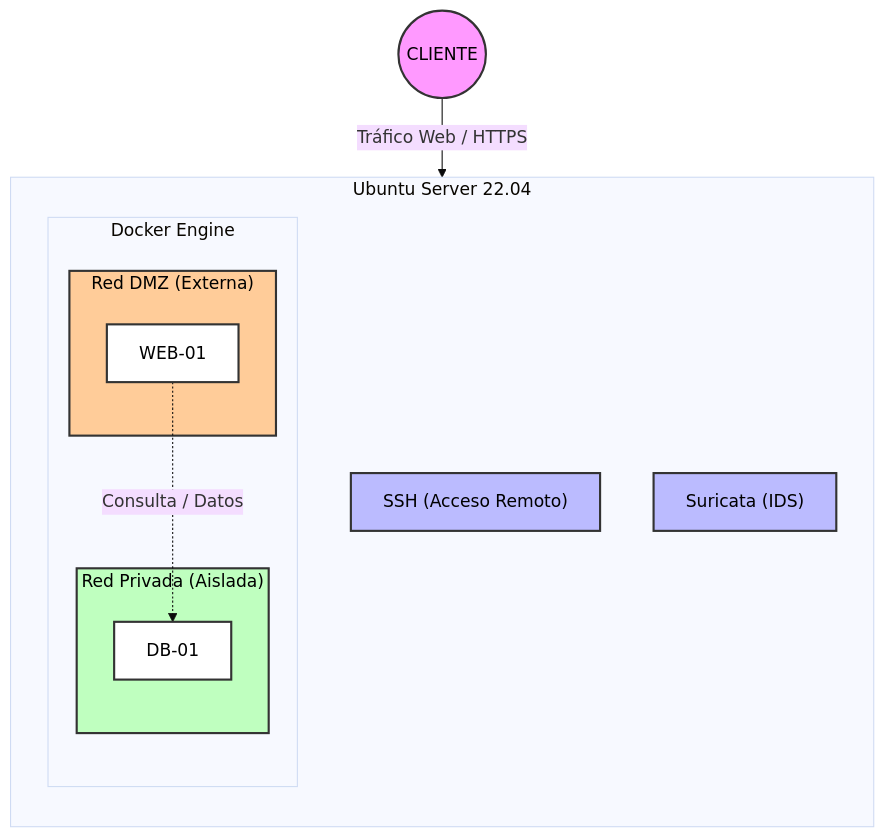
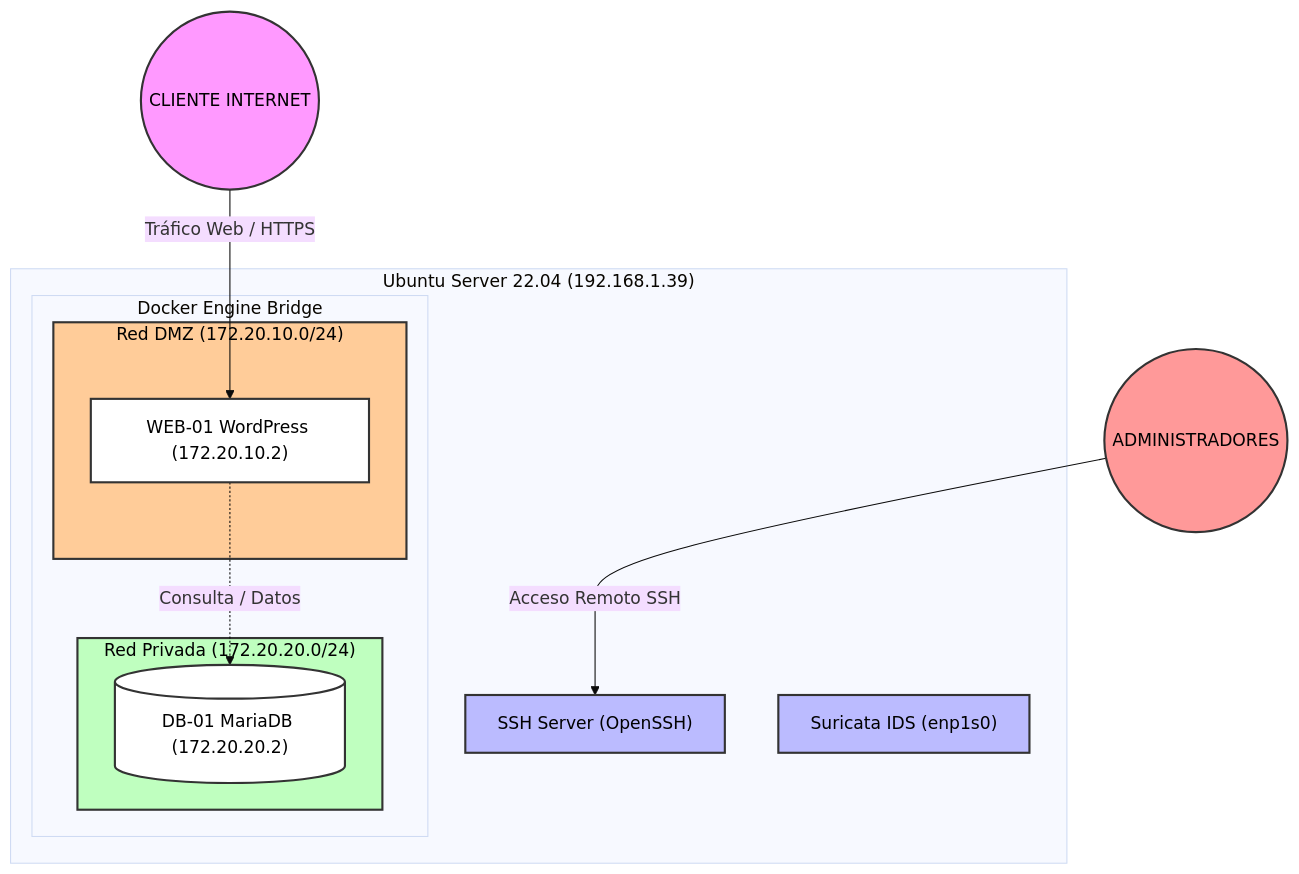
Before and after one commit to eduzavarce/ctf-ecommerce-docker-lab: the diagram in README.md, drawn with Mermaid (base theme). The commit also changed other lines of this file, not shown here.

````diff
--- a/README.md
+++ b/README.md
@@ -61,33 +59,31 @@
 ```mermaid
 graph TD
-    %% Definición de Estilos
     classDef clientStyle fill:#f9f,stroke:#333,stroke-width:2px,color:#000;
+    classDef adminStyle fill:#ff9999,stroke:#333,stroke-width:2px,color:#000;
     classDef hostStyle fill:#bbf,stroke:#333,stroke-width:2px,color:#000;
     classDef dmzStyle fill:#ffcc99,stroke:#333,stroke-width:2px,color:#000;
     classDef privStyle fill:#bfffbf,stroke:#333,stroke-width:2px,color:#000;
     classDef serviceStyle fill:#fff,stroke:#333,stroke-width:2px,color:#000;
 
-    CLIENTE(("CLIENTE")):::clientStyle -->|Tráfico Web / HTTPS| Host
+    CLIENTE(("CLIENTE INTERNET")):::clientStyle -->|Tráfico Web / HTTPS| WEB
+    ADMIN(("ADMINISTRADORES")):::adminStyle -->|Acceso Remoto SSH| SSH
 
-    subgraph Host ["Ubuntu Server 22.04"]
-        direction TB
-        SSH["SSH (Acceso Remoto)"]:::hostStyle
-        Suricata["Suricata (IDS)"]:::hostStyle
+    subgraph HOST ["Ubuntu Server 22.04 (192.168.1.39)"]
+        SSH["SSH Server (OpenSSH)"]:::hostStyle
+        Suricata["Suricata IDS (enp1s0)"]:::hostStyle
         
-        subgraph Docker ["Docker Engine"]
-            direction TB
-            subgraph DMZ ["Red DMZ (Externa)"]
-                WEB["WEB-01"]:::serviceStyle
+        subgraph DOCKER ["Docker Engine Bridge"]
+            subgraph DMZ ["Red DMZ (172.20.10.0/24)"]
+                WEB["WEB-01 WordPress (172.20.10.2)"]:::serviceStyle
             end
-            subgraph PRIV ["Red Privada (Aislada)"]
-                DB["DB-01"]:::serviceStyle
+            subgraph PRIV ["Red Privada (172.20.20.0/24)"]
+                DB[("DB-01 MariaDB (172.20.20.2)")]:::serviceStyle
             end
         end
     end
 
-    %% Aplicación de clases a subgráficos
     class DMZ dmzStyle;
     class PRIV privStyle;
 
     WEB -.->|Consulta / Datos| DB
 ```
````
